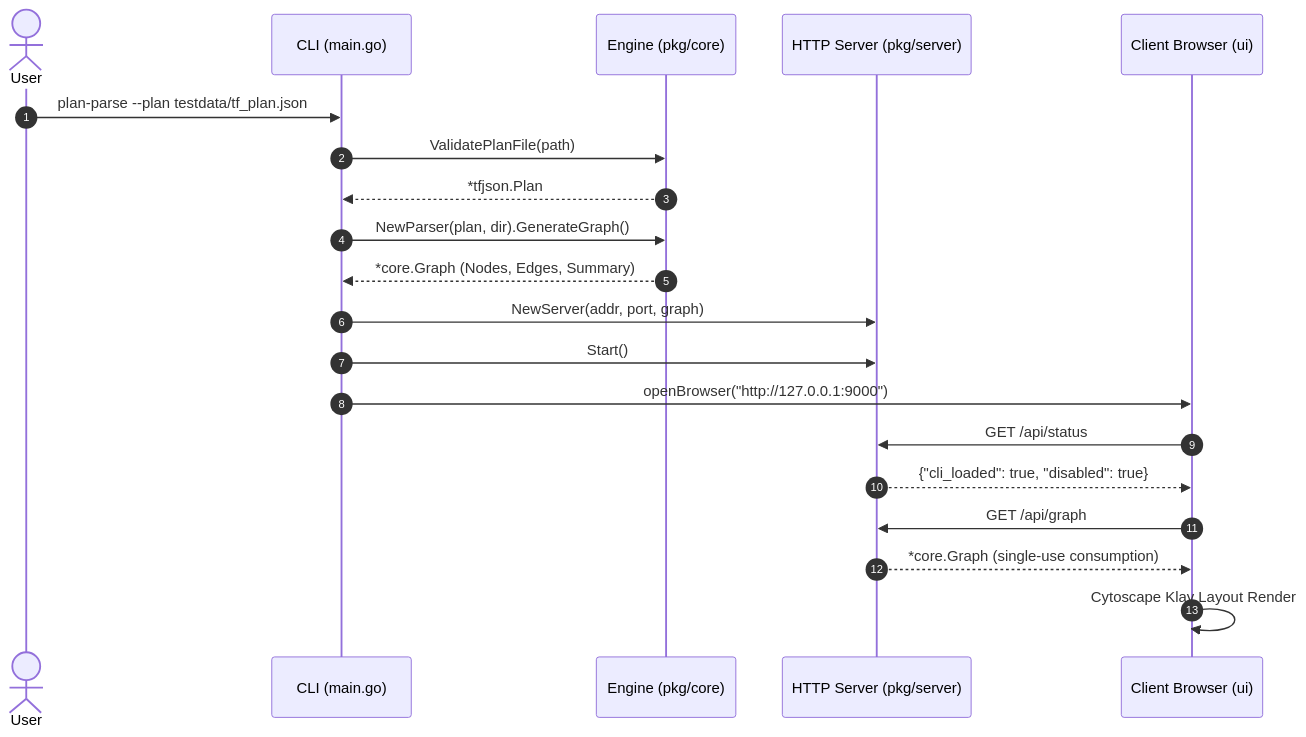
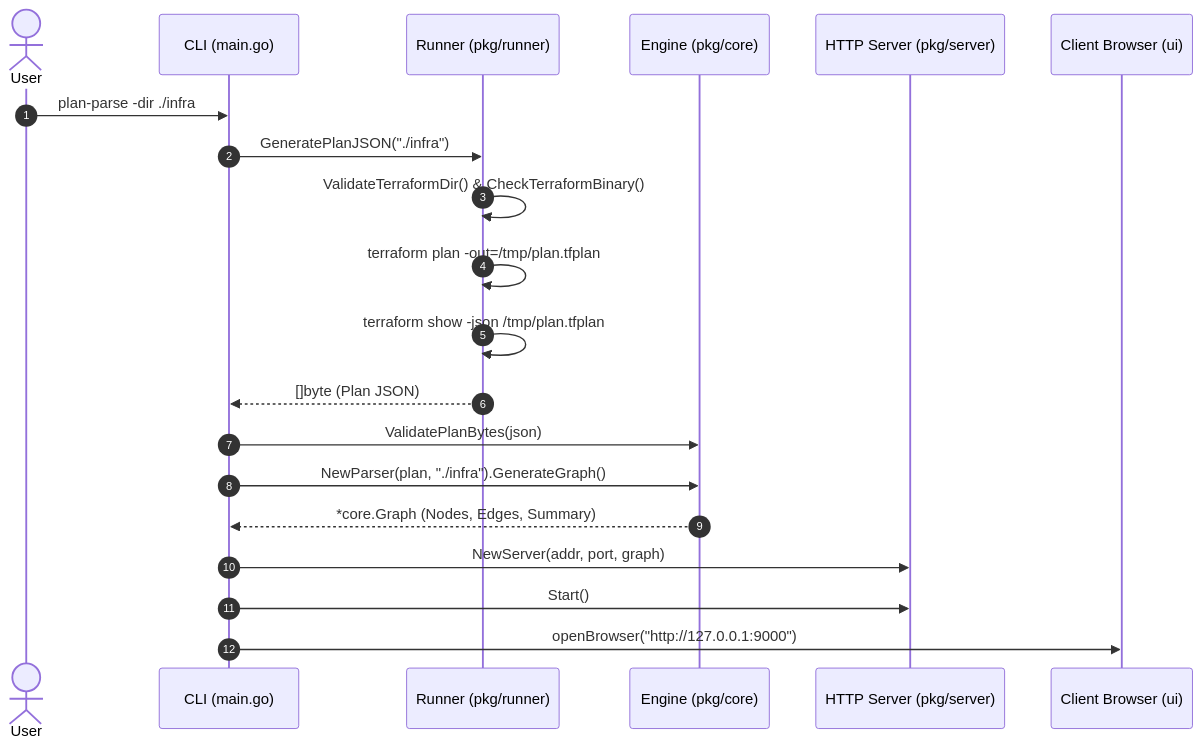
One commit to AatirNadim/plan-parse changed the second of 3 diagrams in README.md. Above: the diagram before and after it, drawn with Mermaid. The commit also changed other lines of this file and 7 other files, not shown here.

First line of the commit message:
feat: add programmatic runner for Terraform plan generation and validation

````diff
--- a/README.md
+++ b/README.md
@@ -62,23 +85,23 @@
 ```mermaid
 sequenceDiagram
     autonumber
     actor User
     participant CLI as CLI (main.go)
+    participant Runner as Runner (pkg/runner)
     participant Core as Engine (pkg/core)
     participant Server as HTTP Server (pkg/server)
     participant Browser as Client Browser (ui)
 
-    User->>CLI: plan-parse --plan testdata/tf_plan.json
-    CLI->>Core: ValidatePlanFile(path)
-    Core-->>CLI: *tfjson.Plan
-    CLI->>Core: NewParser(plan, dir).GenerateGraph()
+    User->>CLI: plan-parse -dir ./infra
+    CLI->>Runner: GeneratePlanJSON("./infra")
+    Runner->>Runner: ValidateTerraformDir() & CheckTerraformBinary()
+    Runner->>Runner: terraform plan -out=/tmp/plan.tfplan
+    Runner->>Runner: terraform show -json /tmp/plan.tfplan
+    Runner-->>CLI: []byte (Plan JSON)
+    CLI->>Core: ValidatePlanBytes(json)
+    CLI->>Core: NewParser(plan, "./infra").GenerateGraph()
     Core-->>CLI: *core.Graph (Nodes, Edges, Summary)
     CLI->>Server: NewServer(addr, port, graph)
     CLI->>Server: Start()
     CLI->>Browser: openBrowser("http://127.0.0.1:9000")
-    Browser->>Server: GET /api/status
-    Server-->>Browser: {"cli_loaded": true, "disabled": true}
-    Browser->>Server: GET /api/graph
-    Server-->>Browser: *core.Graph (single-use consumption)
-    Browser->>Browser: Cytoscape Klay Layout Render
 ```
````
